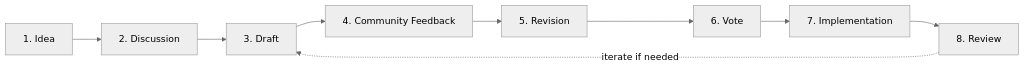
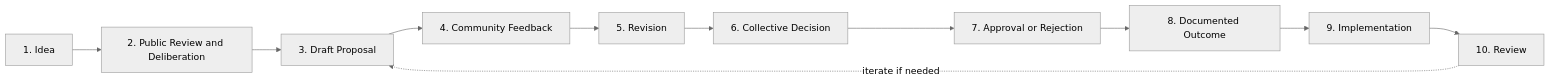
One commit to Celo-HaiTi/CeloHT changed the third of 6 diagrams in GOVERNANCE.md. Above: the diagram before and after it, drawn with Mermaid (neutral theme). The commit also changed other lines of this file and 13 other files, not shown here.

````diff
--- a/GOVERNANCE.md
+++ b/GOVERNANCE.md
@@ -283,11 +281,13 @@
 ```mermaid
 flowchart LR
-    A[1. Idea] --> B[2. Discussion]
-    B --> C[3. Draft]
+    A[1. Idea] --> B[2. Public Review and Deliberation]
+    B --> C[3. Draft Proposal]
     C --> D[4. Community Feedback]
     D --> E[5. Revision]
-    E --> F[6. Vote]
-    F --> G[7. Implementation]
-    G --> H[8. Review]
-    H -.iterate if needed.-> C
+    E --> F[6. Collective Decision]
+    F --> G[7. Approval or Rejection]
+    G --> H[8. Documented Outcome]
+    H --> I[9. Implementation]
+    I --> J[10. Review]
+    J -.iterate if needed.-> C
 ```
````
